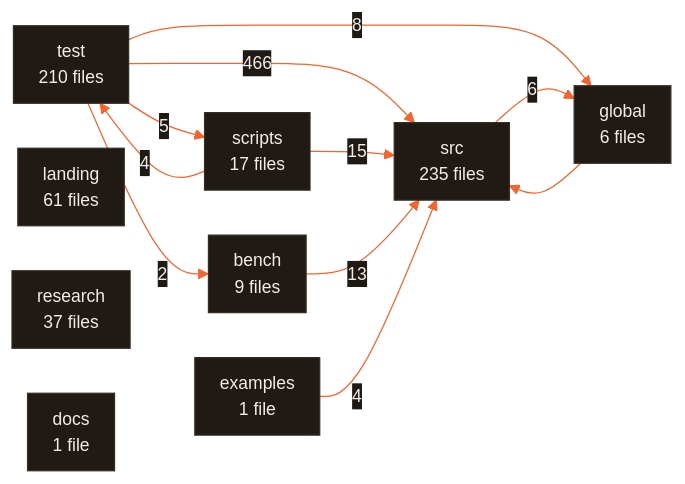
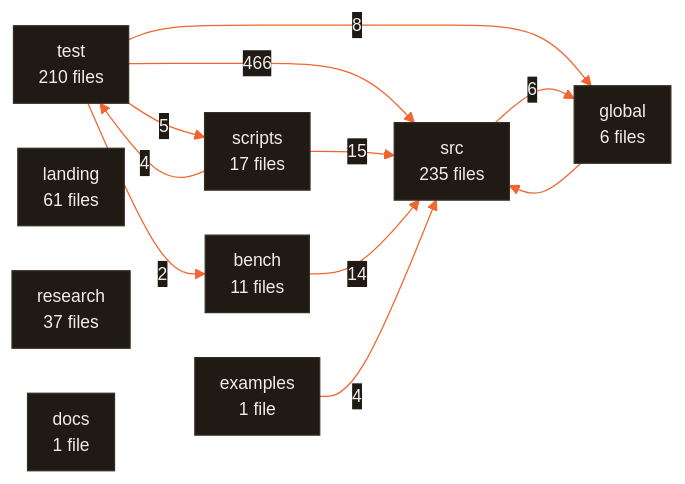
The diagram in ARCHITECTURE.md (CodeWithJuber/forgekit), drawn with Mermaid before and after one commit.

Commit message:
Refresh generated documentation for the memory evidence

````diff
--- a/ARCHITECTURE.md
+++ b/ARCHITECTURE.md
@@ -677,23 +677,23 @@
 ```mermaid
 %%{init: {'theme':'base','themeVariables':{'primaryColor':'#201a15','primaryTextColor':'#f2ede7','primaryBorderColor':'#372c22','lineColor':'#f26430','secondaryColor':'#272019','tertiaryColor':'#171310','edgeLabelBackground':'#201a15','clusterBkg':'#171310','clusterBorder':'#4a3b2e','fontFamily':'ui-sans-serif, system-ui, sans-serif','fontSize':'14px'},'flowchart':{'curve':'basis','padding':10,'nodeSpacing':36,'rankSpacing':44}}}%%
 flowchart LR
   src["src<br/>235 files"]
   test["test<br/>210 files"]
   landing["landing<br/>61 files"]
   research["research<br/>37 files"]
   scripts["scripts<br/>17 files"]
-  bench["bench<br/>9 files"]
+  bench["bench<br/>11 files"]
   global["global<br/>6 files"]
   docs["docs<br/>1 file"]
   examples["examples<br/>1 file"]
   test -- 466 --> src
   scripts -- 15 --> src
-  bench -- 13 --> src
+  bench -- 14 --> src
   test -- 8 --> global
   src -- 6 --> global
   test -- 5 --> scripts
   examples -- 4 --> src
   scripts -- 4 --> test
   test -- 2 --> bench
   global --> src
 ```
````
